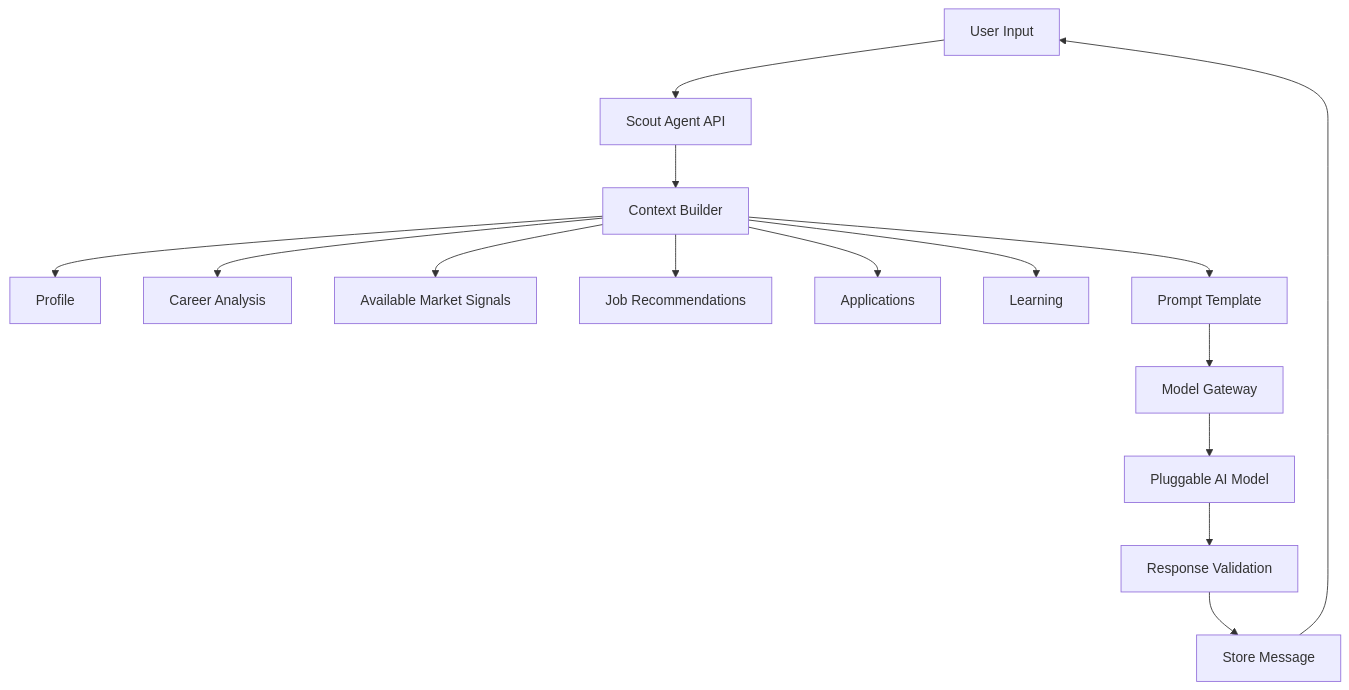
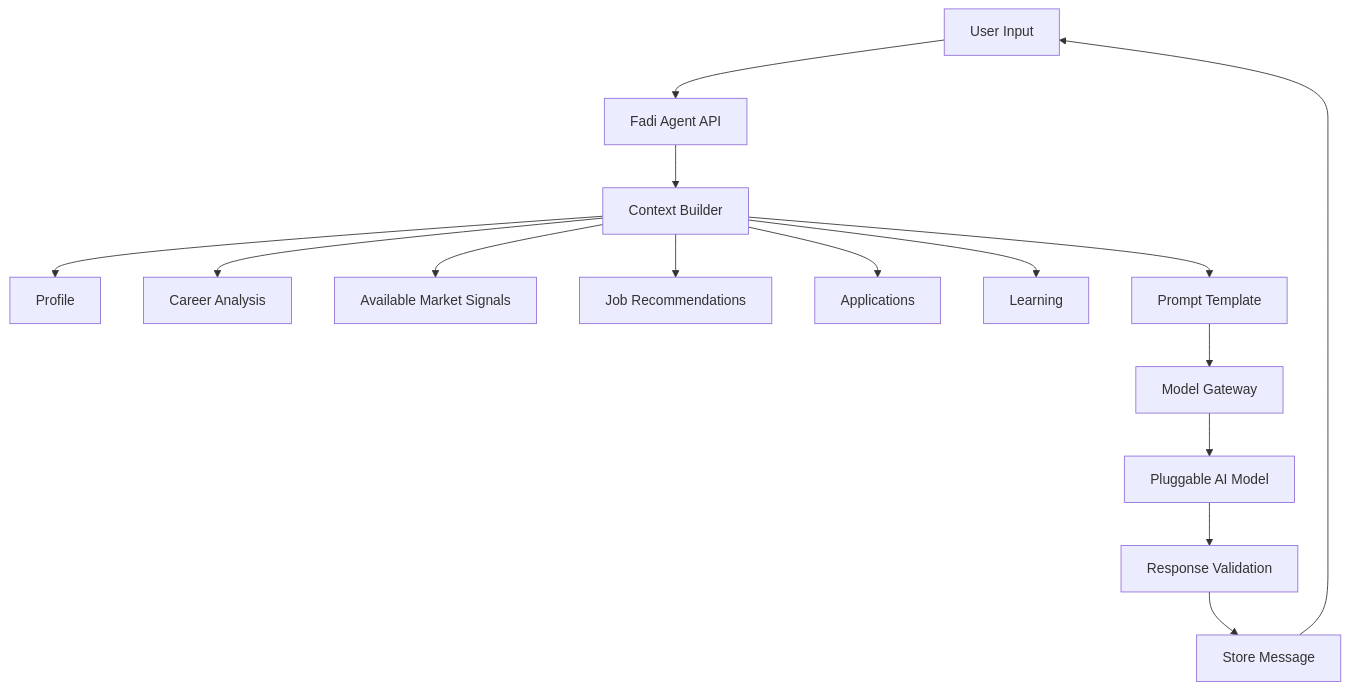
The diagram in docs/MVP_AGENT_DESIGN.md (Mirzzie/Fadi), drawn with Mermaid before and after one commit. The commit also changed other lines of this file and 158 other files, not shown here.

First line of the commit message:
refactor!: rename agent Scout→Fadi and brand CareerOS→FadiOS

````diff
--- a/docs/MVP_AGENT_DESIGN.md
+++ b/docs/MVP_AGENT_DESIGN.md
@@ -40,17 +40,17 @@
 ```mermaid
 flowchart TD
-    User[User Input] --> AssistantAPI[Scout Agent API]
+    User[User Input] --> AssistantAPI[Fadi Agent API]
     AssistantAPI --> Context[Context Builder]
     Context --> Profile[Profile]
     Context --> Analysis[Career Analysis]
     Context --> MarketData[Available Market Signals]
     Context --> Jobs[Job Recommendations]
     Context --> Apps[Applications]
     Context --> Learning[Learning]
     Context --> Prompt[Prompt Template]
     Prompt --> Gateway[Model Gateway]
     Gateway --> Model[Pluggable AI Model]
     Model --> Validate[Response Validation]
     Validate --> Save[Store Message]
     Save --> User
 ```
````
